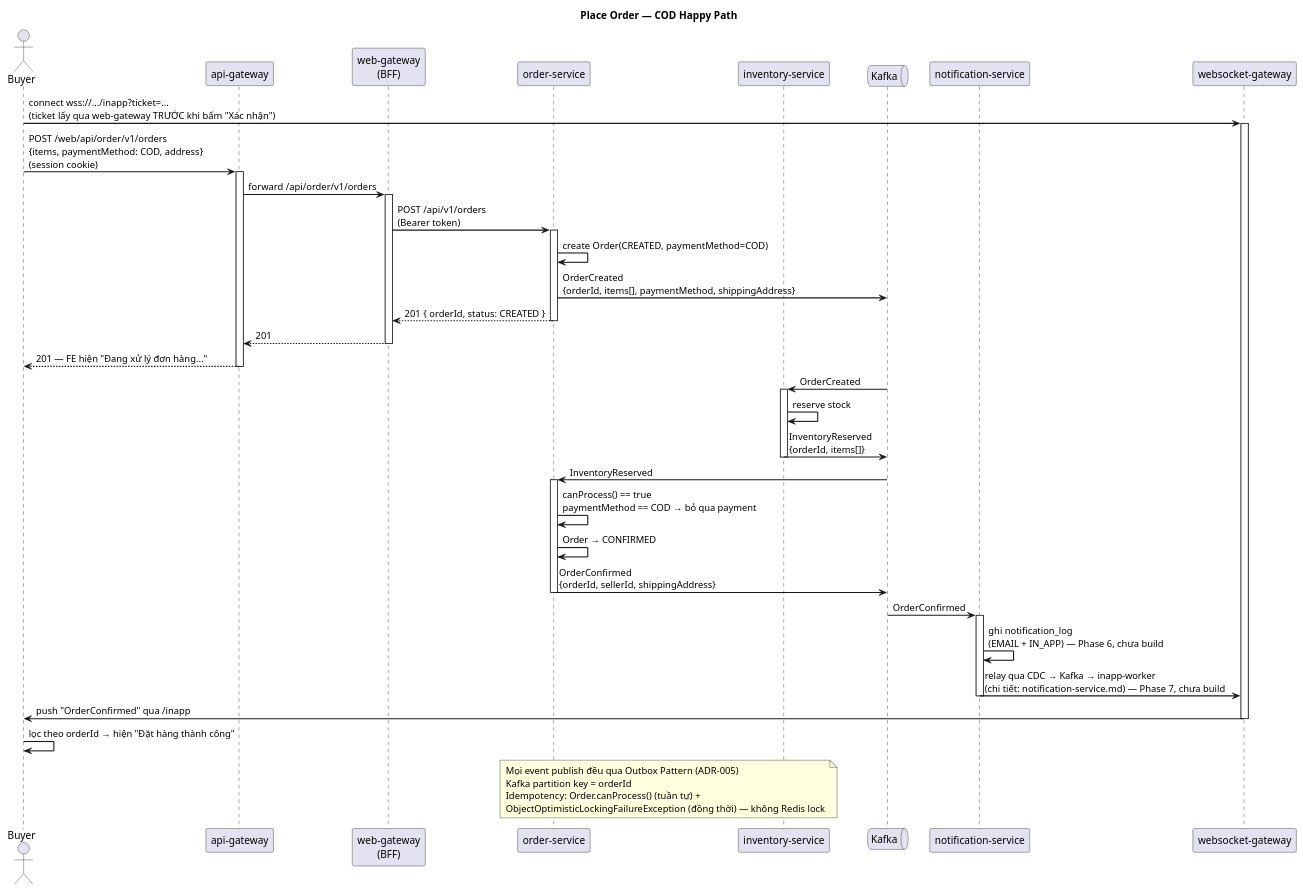
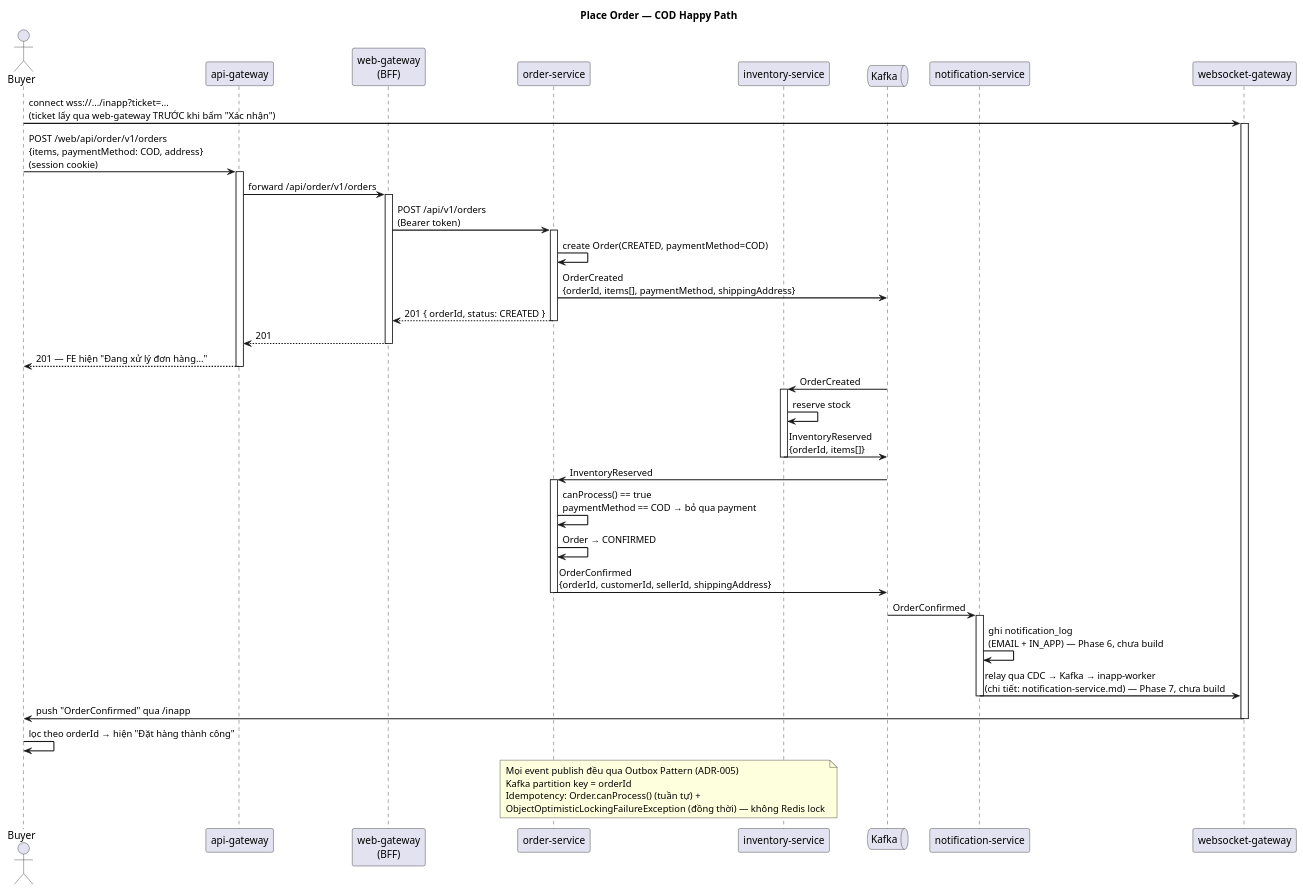
The first of 3 diagrams in docs/feature/07-place-order/design.md (truong-ngo-dev/t3n-nexus), drawn with PlantUML before and after one commit. The commit also changed other lines of this file and 96 other files, not shown here.

````diff
--- a/docs/feature/07-place-order/design.md
+++ b/docs/feature/07-place-order/design.md
@@ -189,66 +67,66 @@
 ```plantuml
 @startuml sequence-place-order-cod-happy
 title Place Order — COD Happy Path
 
 skinparam sequenceArrowThickness 1.5
 skinparam responseMessageBelowArrow true
 skinparam ParticipantPadding 20
 
 actor       "Buyer"                as U
 participant "api-gateway"          as AG
 participant "web-gateway\n(BFF)"     as BFF
 participant "order-service"        as OS
 participant "inventory-service"    as INV
 queue       "Kafka"                 as K
 participant "notification-service" as NOTIF
 participant "websocket-gateway"    as WSG
 
 U -> WSG : connect wss://.../inapp?ticket=...\n(ticket lấy qua web-gateway TRƯỚC khi bấm "Xác nhận")
 activate WSG
 
 U -> AG : POST /web/api/order/v1/orders\n{items, paymentMethod: COD, address}\n(session cookie)
 activate AG
 AG -> BFF : forward /api/order/v1/orders
 activate BFF
 BFF -> OS : POST /api/v1/orders\n(Bearer token)
 activate OS
 OS -> OS : create Order(CREATED, paymentMethod=COD)
 OS -> K : OrderCreated\n{orderId, items[], paymentMethod, shippingAddress}
 OS --> BFF : 201 { orderId, status: CREATED }
 deactivate OS
 BFF --> AG : 201
 deactivate BFF
 AG --> U : 201 — FE hiện "Đang xử lý đơn hàng..."
 deactivate AG
 
 K -> INV : OrderCreated
 activate INV
 INV -> INV : reserve stock
 INV -> K : InventoryReserved\n{orderId, items[]}
 deactivate INV
 
 K -> OS : InventoryReserved
 activate OS
 OS -> OS : canProcess() == true\npaymentMethod == COD → bỏ qua payment
 OS -> OS : Order → CONFIRMED
-OS -> K : OrderConfirmed\n{orderId, sellerId, shippingAddress}
+OS -> K : OrderConfirmed\n{orderId, customerId, sellerId, shippingAddress}
 deactivate OS
 
 K -> NOTIF : OrderConfirmed
 activate NOTIF
 NOTIF -> NOTIF : ghi notification_log\n(EMAIL + IN_APP) — Phase 6, chưa build
 NOTIF -> WSG : relay qua CDC → Kafka → inapp-worker\n(chi tiết: notification-service.md) — Phase 7, chưa build
 deactivate NOTIF
 WSG -> U : push "OrderConfirmed" qua /inapp
 deactivate WSG
 U -> U : lọc theo orderId → hiện "Đặt hàng thành công"
 
 note over OS, INV
   Mọi event publish đều qua Outbox Pattern (ADR-005)
   Kafka partition key = orderId
   Idempotency: Order.canProcess() (tuần tự) +
   ObjectOptimisticLockingFailureException (đồng thời) — không Redis lock
 end note
 
 @enduml
 ```
````
